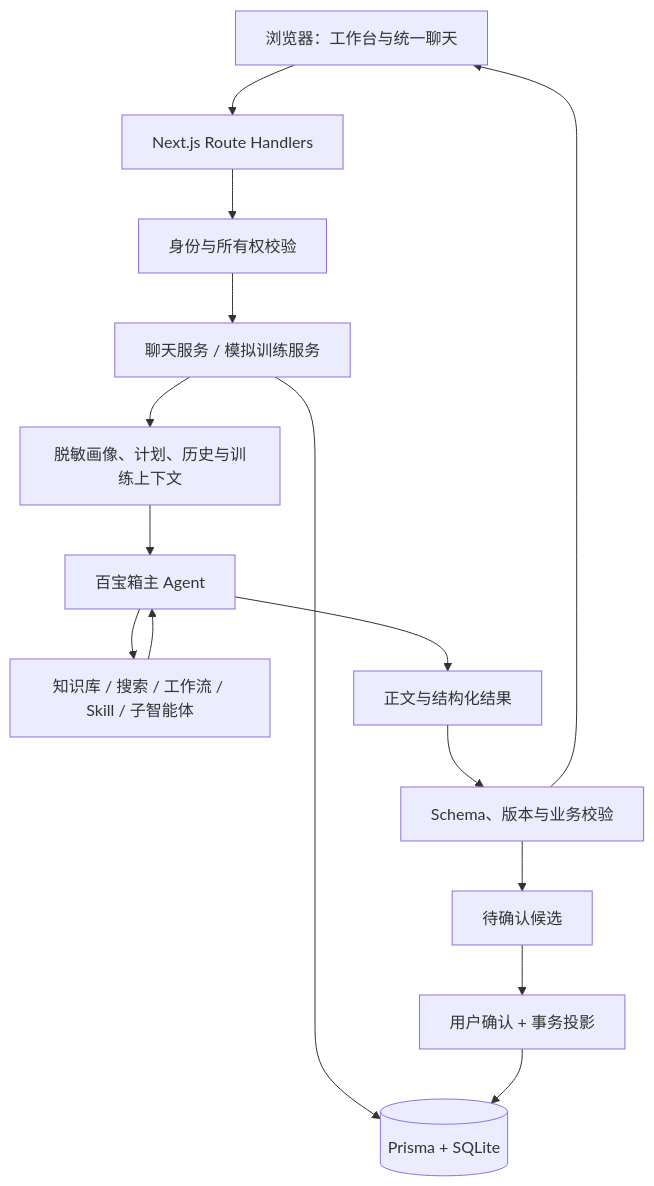
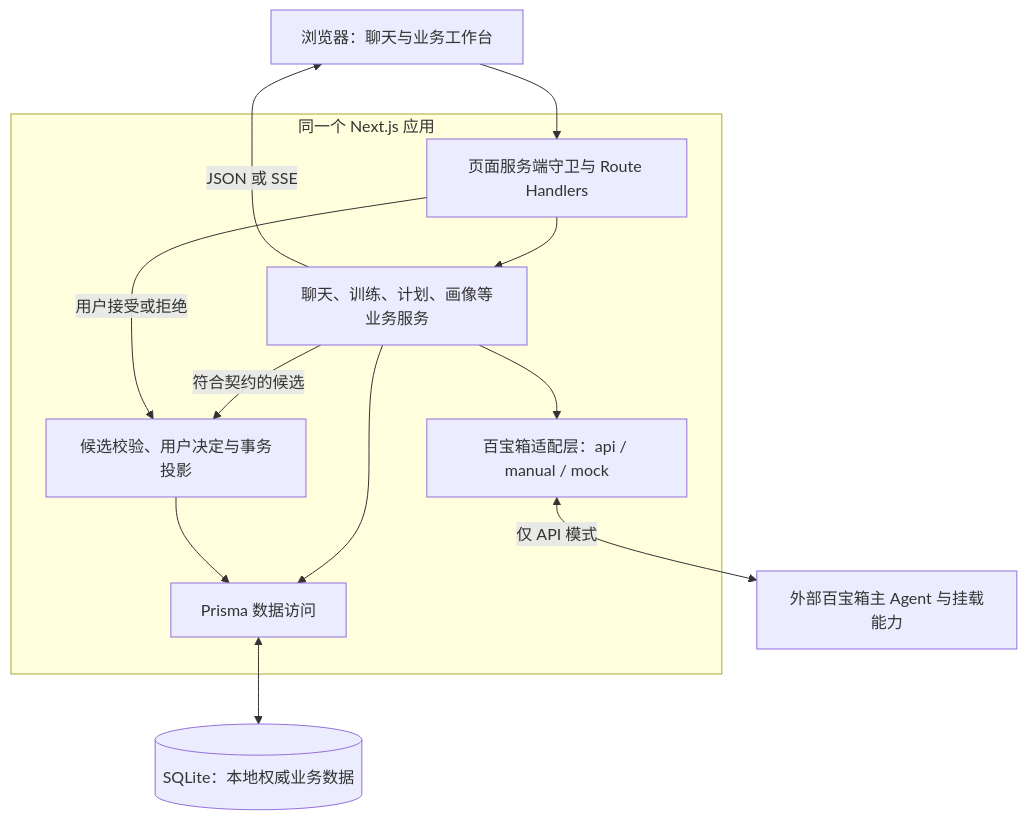
One commit to zxkk97984-creator/CareerMate changed the diagram in README.md. Above: the diagram before and after it, drawn with Mermaid. The commit also changed other lines of this file and 22 other files, not shown here.

Commit message:
docs: align core architecture and API documentation

````diff
--- a/README.md
+++ b/README.md
@@ -41,17 +49,23 @@
 ```mermaid
 flowchart TB
-  UI["浏览器：工作台与统一聊天"] --> API["Next.js Route Handlers"]
-  API --> AUTH["身份与所有权校验"]
-  AUTH --> CHAT["聊天服务 / 模拟训练服务"]
-  CHAT --> DB[("Prisma + SQLite")]
-  CHAT --> CTX["脱敏画像、计划、历史与训练上下文"]
-  CTX --> TBOX["百宝箱主 Agent"]
-  TBOX --> TOOLS["知识库 / 搜索 / 工作流 / Skill / 子智能体"]
-  TOOLS --> TBOX
-  TBOX --> RESULT["正文与结构化结果"]
-  RESULT --> CHECK["Schema、版本与业务校验"]
-  CHECK --> UI
-  CHECK --> CANDIDATE["待确认候选"]
-  CANDIDATE --> CONFIRM["用户确认 + 事务投影"]
-  CONFIRM --> DB
+  Browser["浏览器：聊天与业务工作台"]
+  subgraph App["同一个 Next.js 应用"]
+    Routes["页面服务端守卫与 Route Handlers"]
+    Services["聊天、训练、计划、画像等业务服务"]
+    AI["百宝箱适配层：api / manual / mock"]
+    Candidates["候选校验、用户决定与事务投影"]
+    Prisma["Prisma 数据访问"]
+  end
+  DB[("SQLite：本地权威业务数据")]
+  Tbox["外部百宝箱主 Agent 与挂载能力"]
+  Browser --> Routes
+  Routes --> Services
+  Services --> Prisma
+  Prisma <--> DB
+  Services --> AI
+  AI <-->|"仅 API 模式"| Tbox
+  Services -->|"符合契约的候选"| Candidates
+  Routes -->|"用户接受或拒绝"| Candidates
+  Candidates --> Prisma
+  Services -->|"JSON 或 SSE"| Browser
 ```
````
